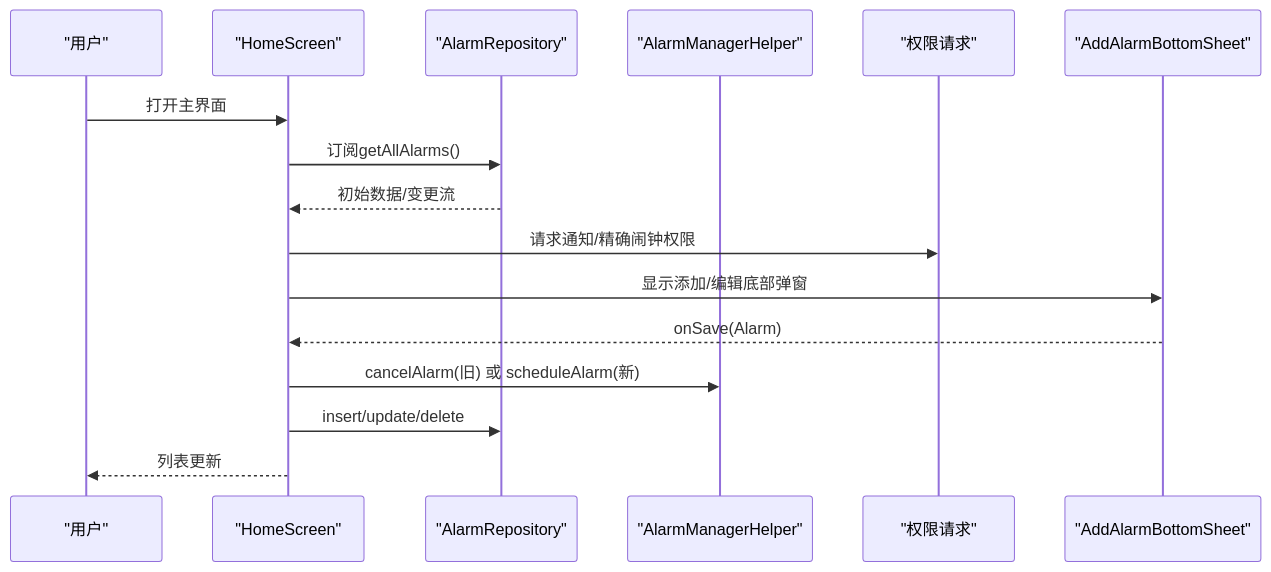
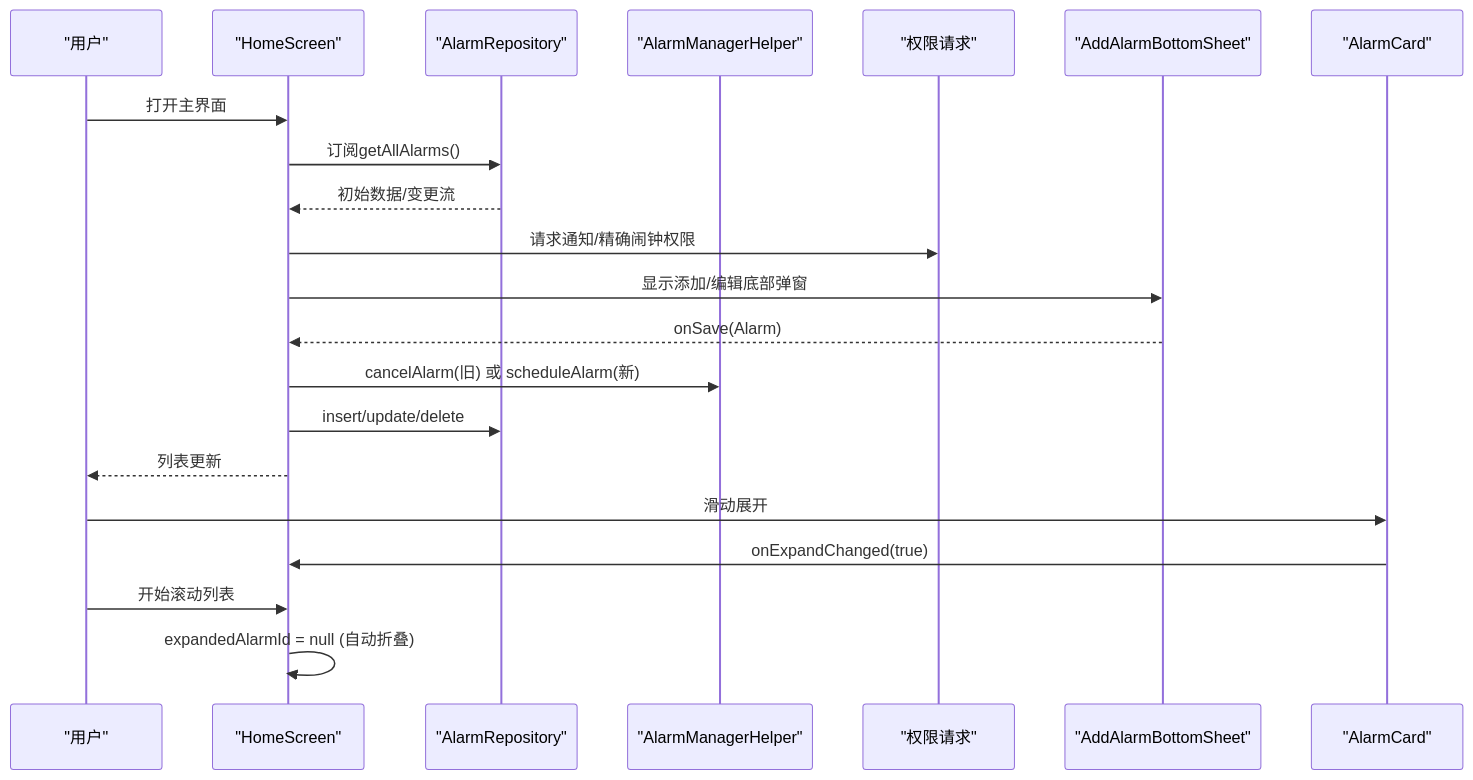
The third of 7 diagrams in .qoder/repowiki/zh/content/核心功能/用户界面交互.md (snuabar/Clock), drawn with Mermaid before and after one commit. The commit also changed other lines of this file and 3 other files, not shown here.

````diff
--- a/.qoder/repowiki/zh/content/核心功能/用户界面交互.md
+++ b/.qoder/repowiki/zh/content/核心功能/用户界面交互.md
@@ -134,18 +158,23 @@
 ```mermaid
 sequenceDiagram
 participant U as "用户"
 participant HS as "HomeScreen"
 participant Repo as "AlarmRepository"
 participant AMH as "AlarmManagerHelper"
 participant Perm as "权限请求"
 participant Sheet as "AddAlarmBottomSheet"
+participant Card as "AlarmCard"
 U->>HS : 打开主界面
 HS->>Repo : 订阅getAllAlarms()
 Repo-->>HS : 初始数据/变更流
 HS->>Perm : 请求通知/精确闹钟权限
 HS->>Sheet : 显示添加/编辑底部弹窗
 Sheet-->>HS : onSave(Alarm)
 HS->>AMH : cancelAlarm(旧) 或 scheduleAlarm(新)
 HS->>Repo : insert/update/delete
 HS-->>U : 列表更新
+U->>Card : 滑动展开
+Card->>HS : onExpandChanged(true)
+U->>HS : 开始滚动列表
+HS->>HS : expandedAlarmId = null (自动折叠)
 ```
````
